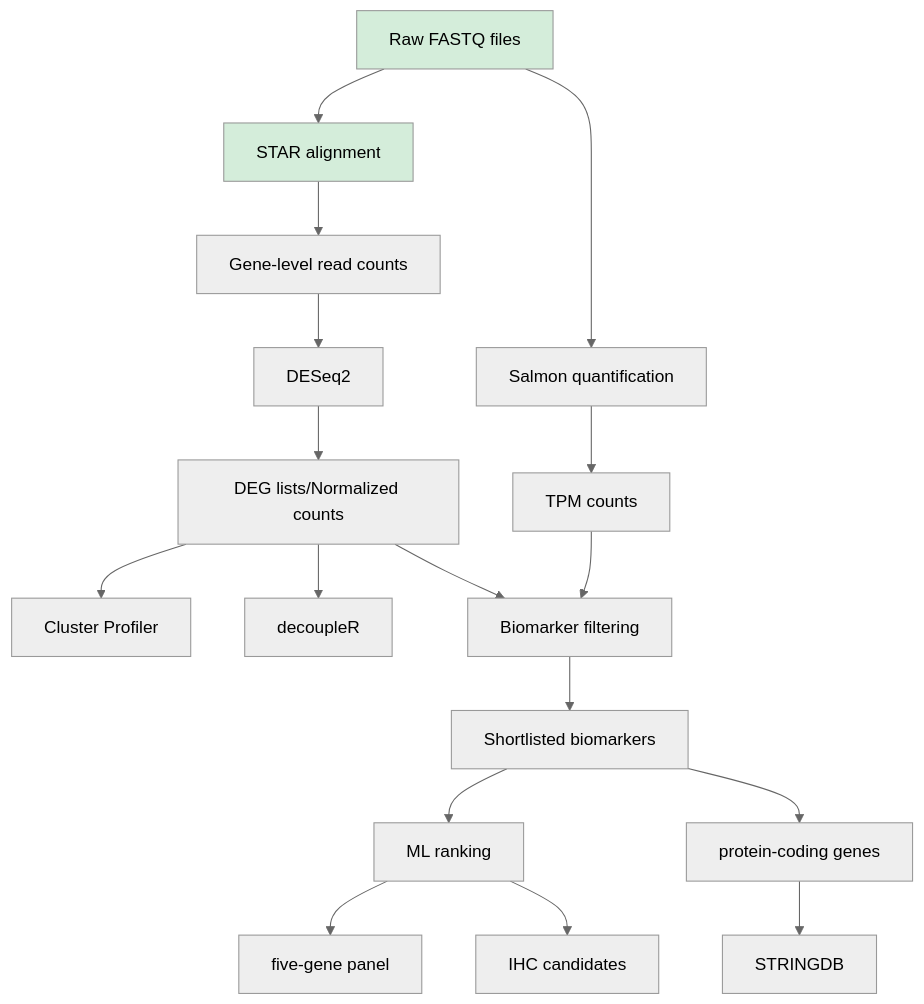
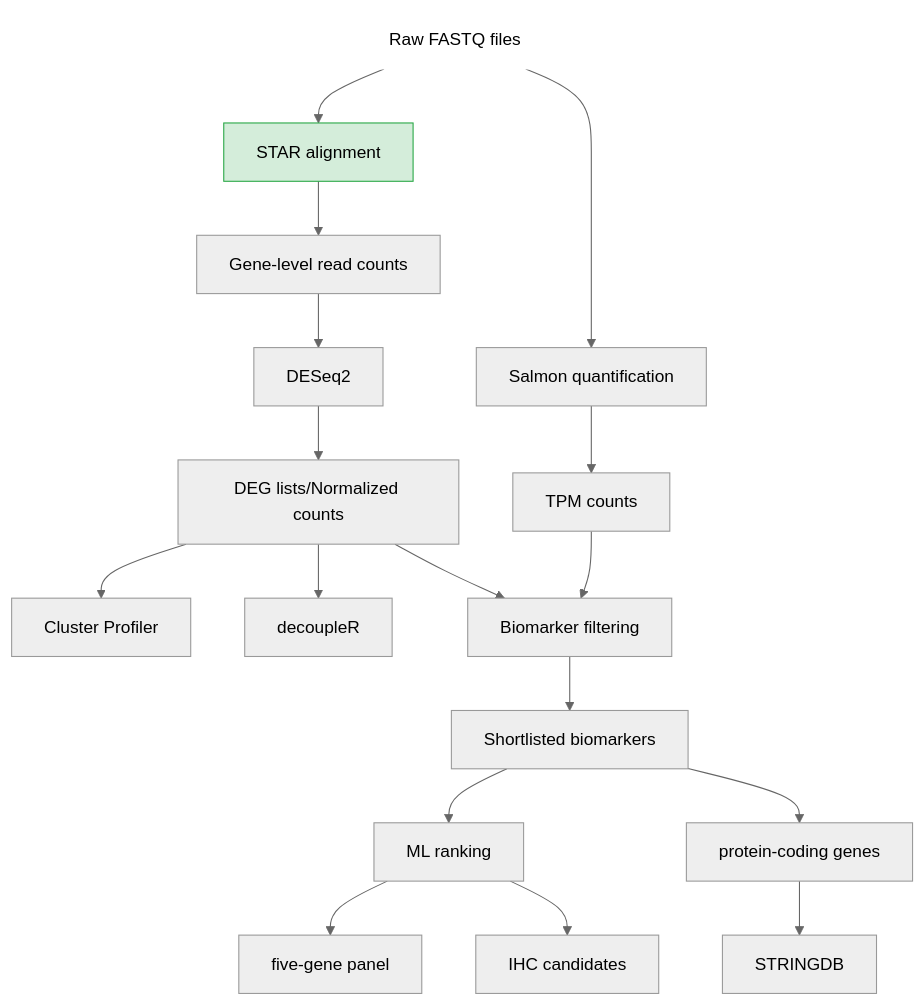
One commit to tudumanne/BulkRNAseq_Barretts changed the diagram in README.md. Above: the diagram before and after it, drawn with Mermaid (neutral theme).

Commit message:
Updated main workflow diagram

````diff
--- a/README.md
+++ b/README.md
@@ -15,24 +15,24 @@
 ``` mermaid
 graph TD; 
-    classDef method fill:#d4edda;
-    classDef input fill:#d4edda;
-    classDef output1 fill:#f8d7da;
-    classDef output2 fill:#f8d7da;
+    classDef method fill:#d4edda,stroke:#28a745;
+    classDef input fill:#ffffff,stroke:#ffffff;
+    classDef output1 fill:#ffffff,stroke:#ffffff;
+    classDef output2 fill:#edabab,stroke:#edabab;
     
     A[Raw FASTQ files]:::input-->B[STAR alignment]:::method;
     A-->C[Salmon quantification];
     B-->D[Gene-level read counts];
     D-->E[DESeq2];
     E-->F[DEG lists/Normalized counts];
     F-->G[Cluster Profiler];
     F-->H[decoupleR]; 
     C-->I[TPM counts];
     F-->J[Biomarker filtering];
     I-->J;
     J-->K[Shortlisted biomarkers]
     K-->L[ML ranking];
     K-->M[protein-coding genes]
     M-->N[STRINGDB];
     L-->O[five-gene panel];
     L-->P[IHC candidates];
 ```
````
